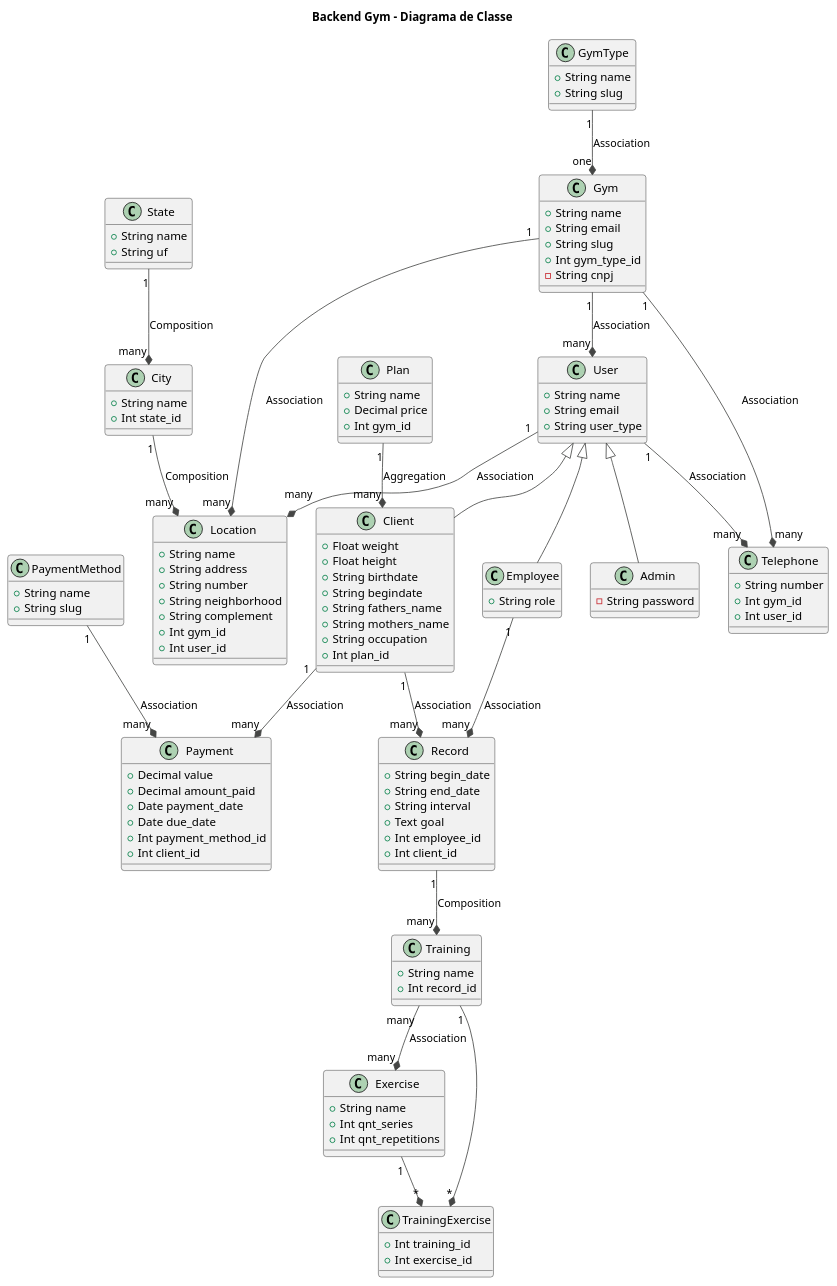
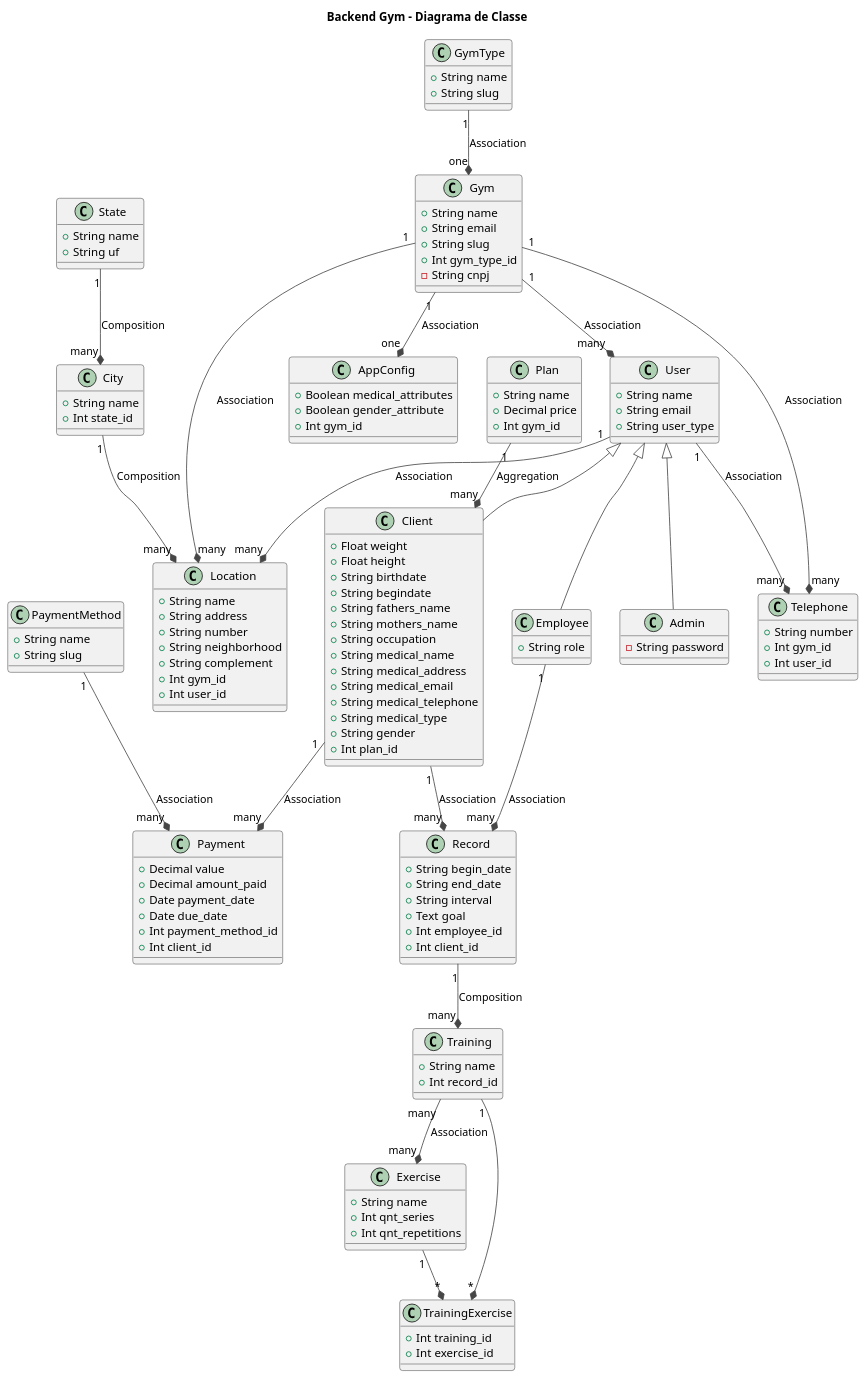
The diagram in docs/class_diagram.md (Luiz-Bernardes/backend-gym), drawn with PlantUML before and after one commit. The commit also changed 15 other files, not shown here.

Commit message:
add app_config

```diff
--- a/docs/class_diagram.md
+++ b/docs/class_diagram.md
@@ -13,6 +13,12 @@
   +String slug
   +Int gym_type_id
   -String cnpj
+}
+
+class AppConfig {
+  +Boolean medical_attributes
+  +Boolean gender_attribute
+  +Int gym_id
 }
 
 class GymType {
@@ -64,6 +70,12 @@
   +String fathers_name
   +String mothers_name
   +String occupation
+  +String medical_name
+  +String medical_address
+  +String medical_email
+  +String medical_telephone
+  +String medical_type
+  +String gender
   +Int plan_id
 }
 
@@ -119,6 +131,7 @@
 
 User "many" *-up- "1" Gym: Association
 Gym "one" *-up- "1" GymType: Association
+AppConfig "one" *-up- "1" Gym: Association
 Telephone "many" *-up- "1" Gym: Association
 Location "many" *-up- "1" Gym: Association
 City "many" *-up- "1" State: Composition
```
